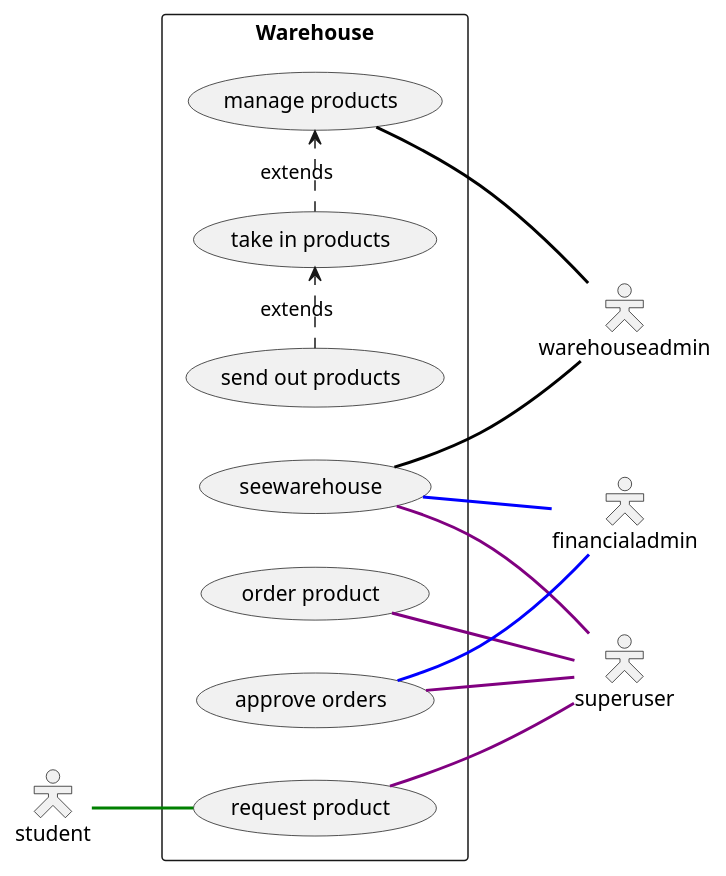
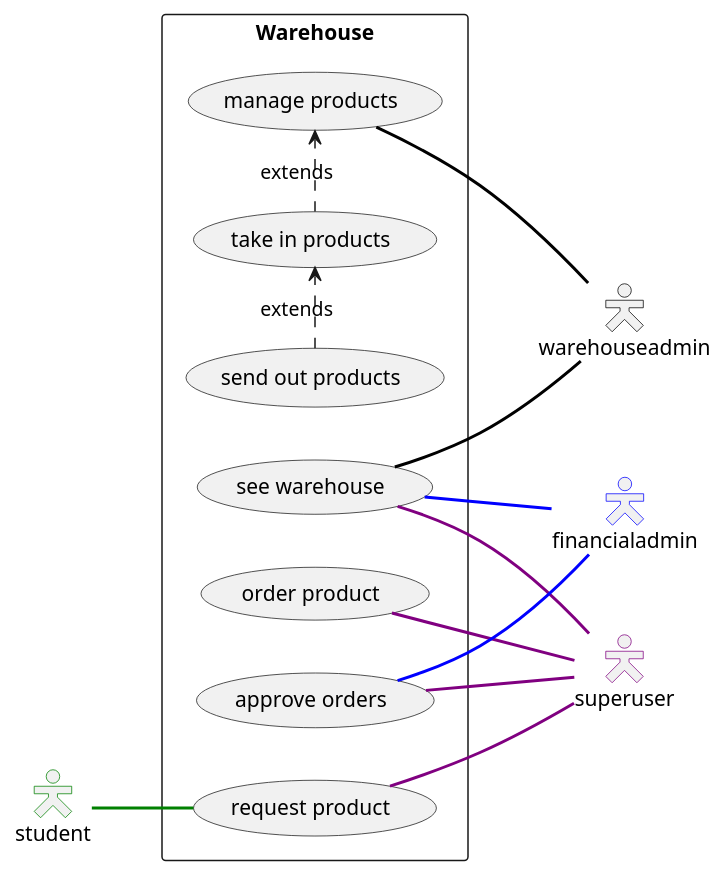
One commit to maricalexei/Project-MBOU-Magazijn changed the diagram in test.wsd. Above: the diagram before and after it, drawn with PlantUML.

Commit message:
Update test.wsd
added comments

```diff
--- a/test.wsd
+++ b/test.wsd
@@ -1,22 +1,26 @@
 @startuml
 left to right direction
 skinparam packageStyle rectangle
+' Actor Style
 skinparam actorStyle hollow
-actor warehouseadmin
-actor superuser
-actor financialadmin
-actor student
+' actors
+actor warehouseadmin #line:black
+actor superuser #line:purple
+actor financialadmin #line:blue
+actor student #line:green
 rectangle Warehouse {
-    (seewarehouse) -- superuser  #line:purple;line.bold
+    ' in the box
+    (see warehouse) -- superuser  #line:purple;line.bold
     (order product) -- superuser  #line:purple;line.bold
     (request product) -- superuser  #line:purple;line.bold
     (approve orders) -- superuser  #line:purple;line.bold
-    (seewarehouse) -- financialadmin  #line:blue;line.bold
+    (see warehouse) -- financialadmin  #line:blue;line.bold
     (approve orders) -- financialadmin  #line:blue;line.bold
-    (seewarehouse) -- (warehouseadmin)  #line:black;line.bold
+    (see warehouse) -- (warehouseadmin)  #line:black;line.bold
     (manage products) -- warehouseadmin  #line:black;line.bold
     student -- (request product)  #line:green;line.bold
     (take in products) .> (manage products)  : extends
     (send out products) .> (take in products)  : extends
+    
 }
 @enduml
```
